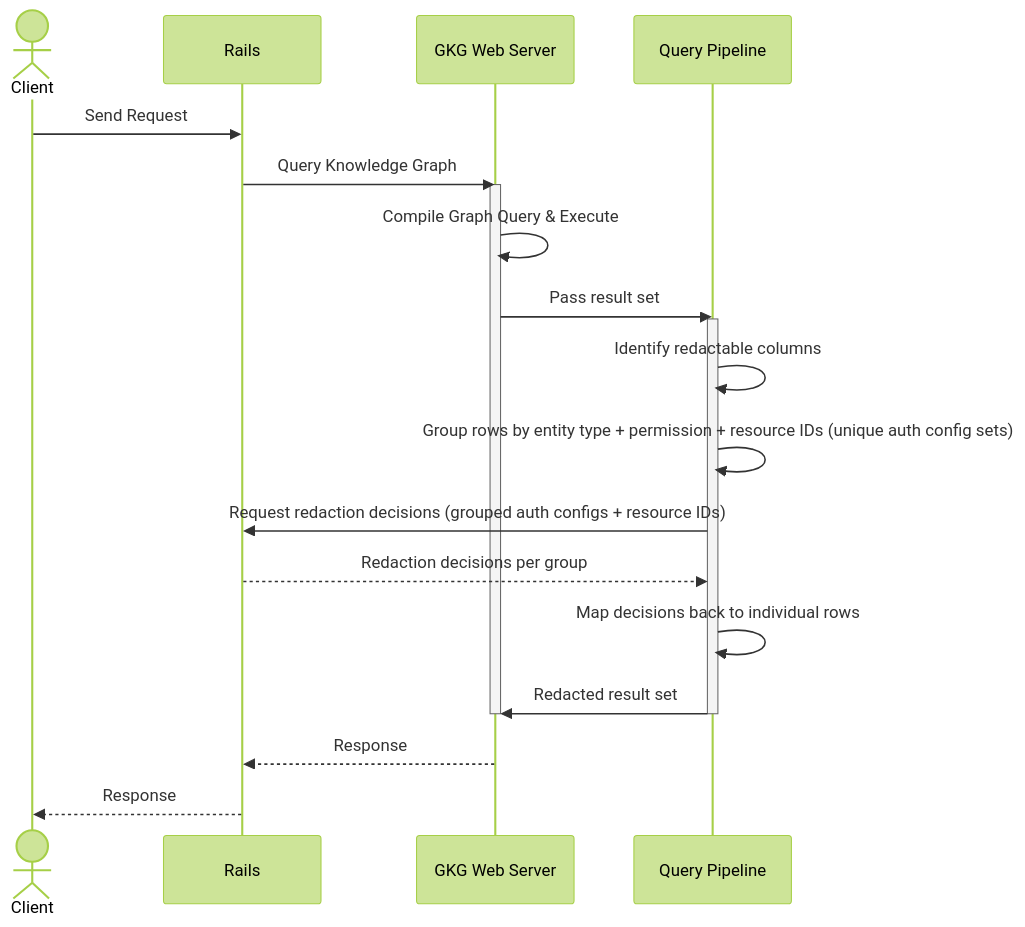
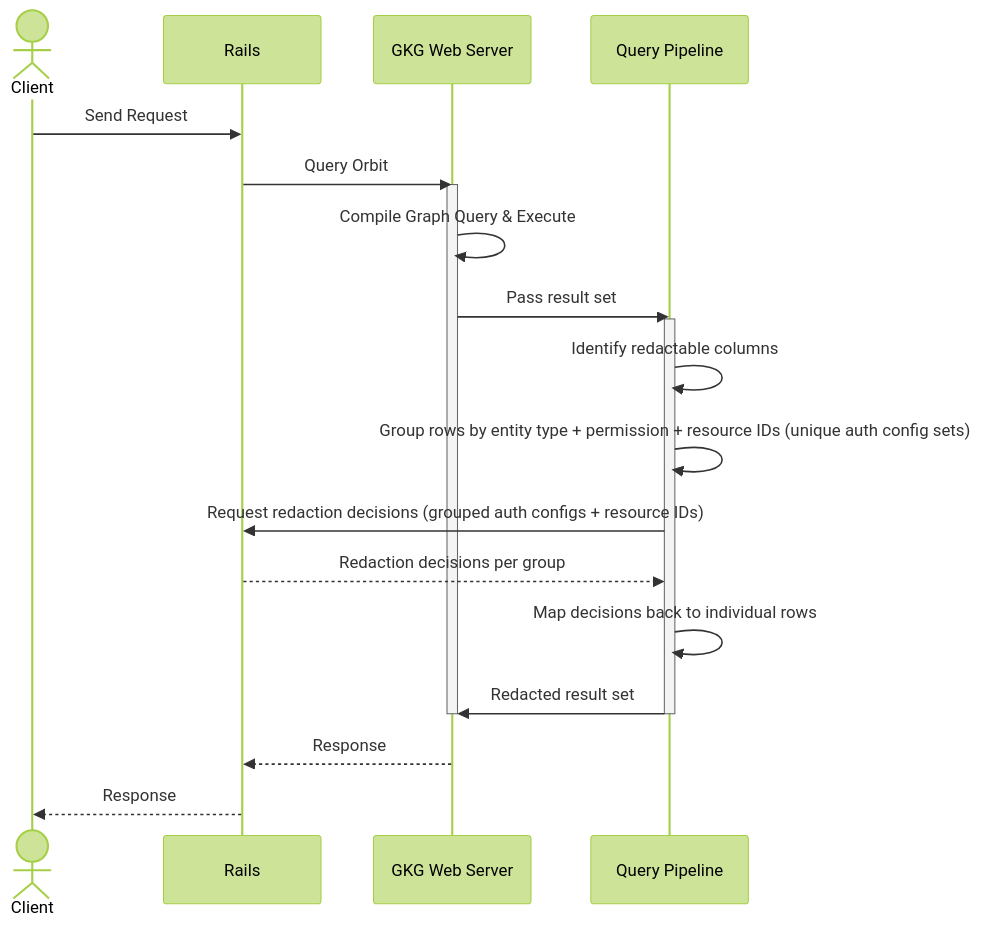
The diagram in docs/design-documents/decisions/001_grpc_communication.md (gitlabhq/orbit-knowledge-graph), drawn with Mermaid (forest theme) before and after one commit. The commit also changed 94 other files, not shown here.

Commit message:
docs(orbit): say Orbit instead of Knowledge Graph across prose

````diff
--- a/docs/design-documents/decisions/001_grpc_communication.md
+++ b/docs/design-documents/decisions/001_grpc_communication.md
@@ -55,29 +55,29 @@
 ```mermaid
 sequenceDiagram
     actor Client
     participant Rails
     participant WebServer as GKG Web Server
     participant AuthEngine as Query Pipeline
 
     Client->>Rails: Send Request
-    Rails->>WebServer: Query Knowledge Graph
+    Rails->>WebServer: Query Orbit
 
     activate WebServer
     WebServer->>WebServer: Compile Graph Query & Execute
     WebServer->>AuthEngine: Pass result set
     activate AuthEngine
 
     AuthEngine->>AuthEngine: Identify redactable columns
     AuthEngine->>AuthEngine: Group rows by entity type + permission + resource IDs (unique auth config sets)
 
     AuthEngine->>Rails: Request redaction decisions (grouped auth configs + resource IDs)
     Rails-->>AuthEngine: Redaction decisions per group
 
     AuthEngine->>AuthEngine: Map decisions back to individual rows
     AuthEngine->>WebServer: Redacted result set
     deactivate AuthEngine
     deactivate WebServer
 
     WebServer-->>Rails: Response
     Rails-->>Client: Response
 ```
````
